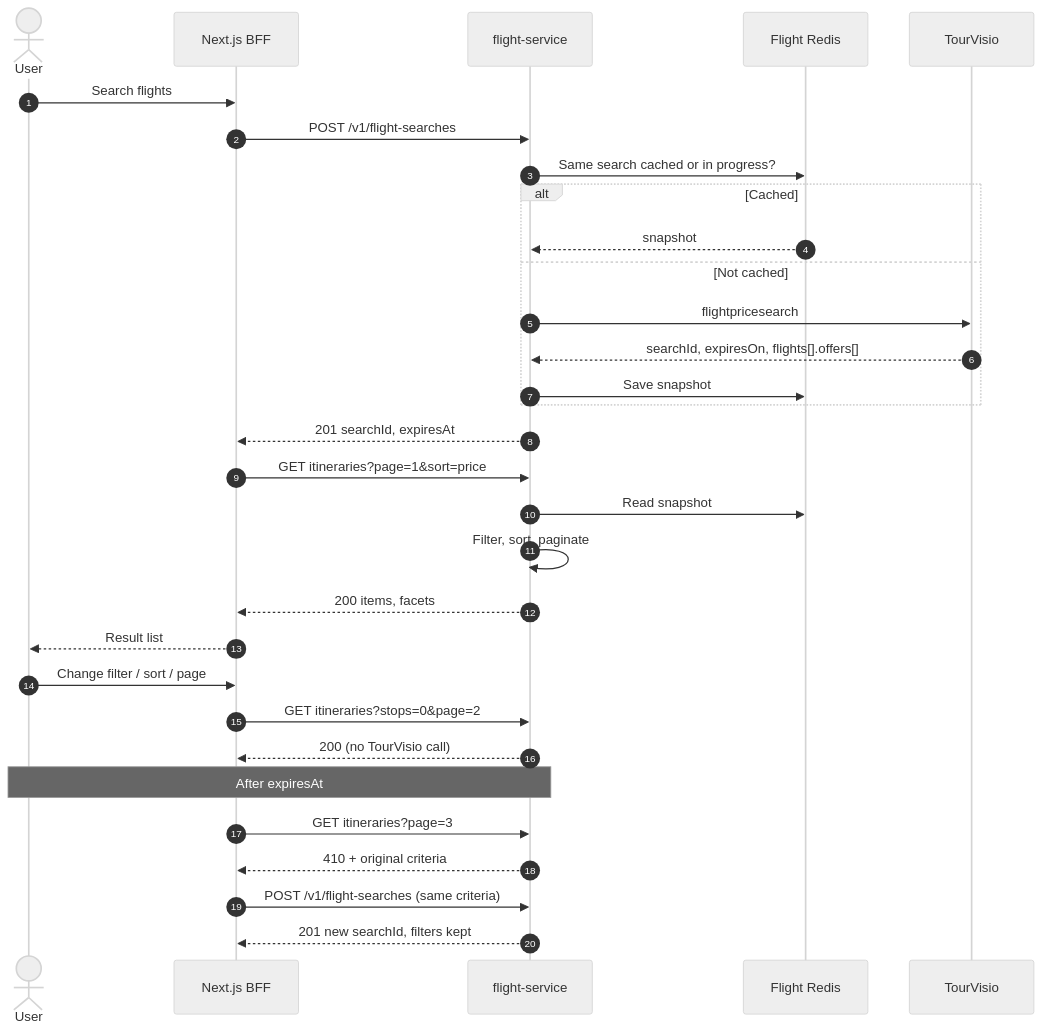
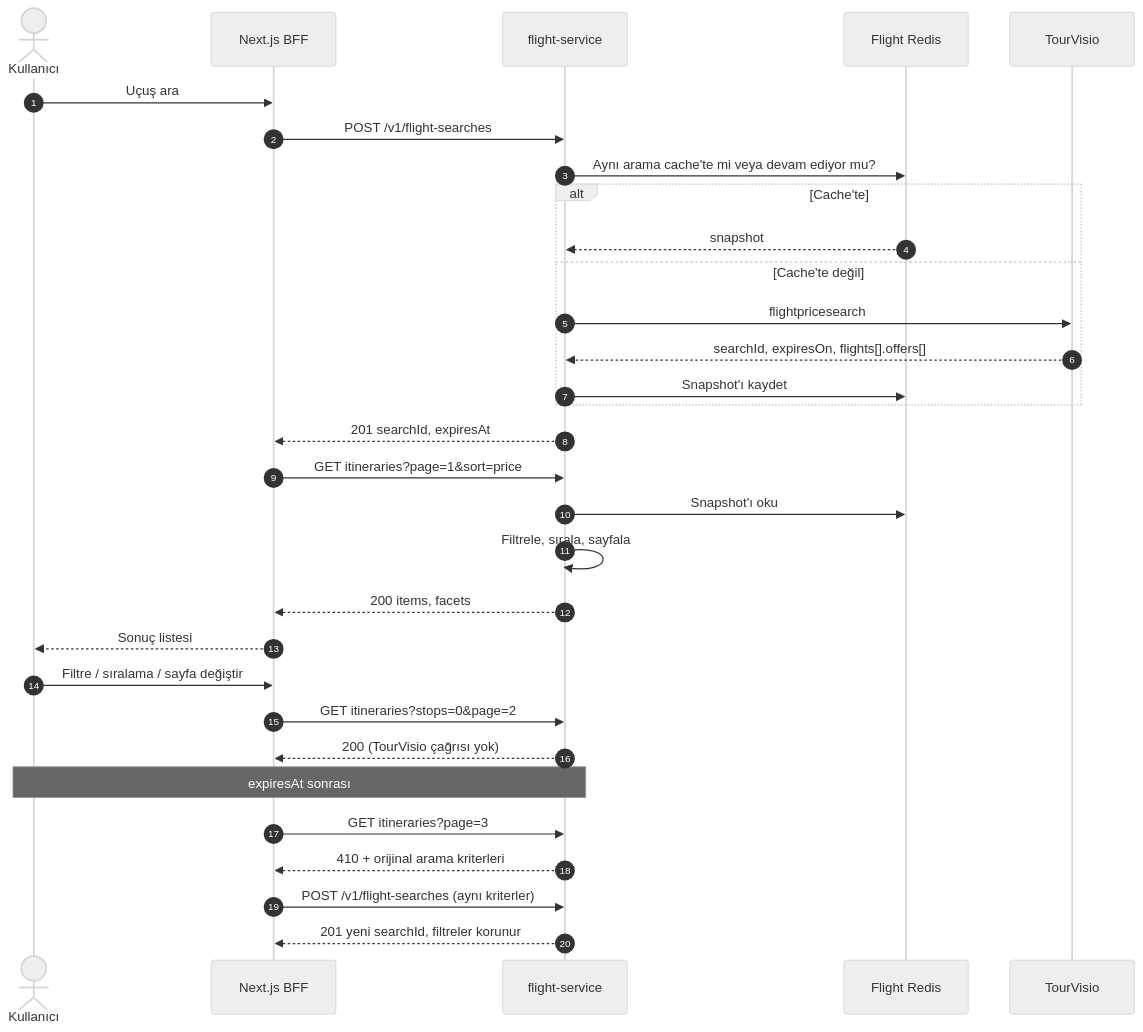
Before and after one commit to orhanberamus1/gidiyorum: the fourth of 5 diagrams in README.md, drawn with Mermaid (neutral theme). The commit also changed other lines of this file and 2 other files, not shown here.

````diff
--- a/README.md
+++ b/README.md
@@ -274,36 +276,36 @@
 ```mermaid
 sequenceDiagram
     autonumber
-    actor K as User
+    actor K as Kullanıcı
     participant N as Next.js BFF
     participant A as flight-service
     participant R as Flight Redis
     participant T as TourVisio
 
-    K->>N: Search flights
+    K->>N: Uçuş ara
     N->>A: POST /v1/flight-searches
-    A->>R: Same search cached or in progress?
-    alt Cached
+    A->>R: Aynı arama cache'te mi veya devam ediyor mu?
+    alt Cache'te
         R-->>A: snapshot
-    else Not cached
+    else Cache'te değil
         A->>T: flightpricesearch
         T-->>A: searchId, expiresOn, flights[].offers[]
-        A->>R: Save snapshot
+        A->>R: Snapshot'ı kaydet
     end
     A-->>N: 201 searchId, expiresAt
     N->>A: GET itineraries?page=1&sort=price
-    A->>R: Read snapshot
-    A->>A: Filter, sort, paginate
+    A->>R: Snapshot'ı oku
+    A->>A: Filtrele, sırala, sayfala
     A-->>N: 200 items, facets
-    N-->>K: Result list
+    N-->>K: Sonuç listesi
 
-    K->>N: Change filter / sort / page
+    K->>N: Filtre / sıralama / sayfa değiştir
     N->>A: GET itineraries?stops=0&page=2
-    A-->>N: 200 (no TourVisio call)
+    A-->>N: 200 (TourVisio çağrısı yok)
 
-    Note over K,A: After expiresAt
+    Note over K,A: expiresAt sonrası
     N->>A: GET itineraries?page=3
-    A-->>N: 410 + original criteria
-    N->>A: POST /v1/flight-searches (same criteria)
-    A-->>N: 201 new searchId, filters kept
+    A-->>N: 410 + orijinal arama kriterleri
+    N->>A: POST /v1/flight-searches (aynı kriterler)
+    A-->>N: 201 yeni searchId, filtreler korunur
 ```
````
